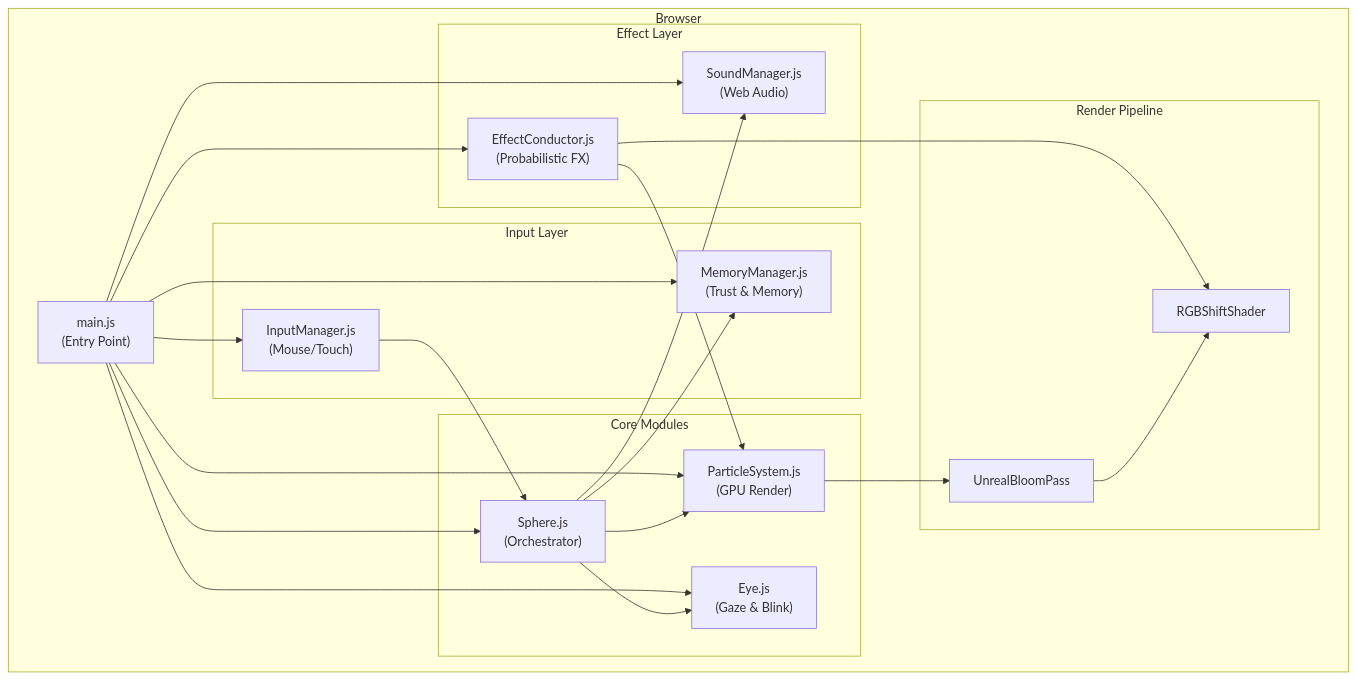
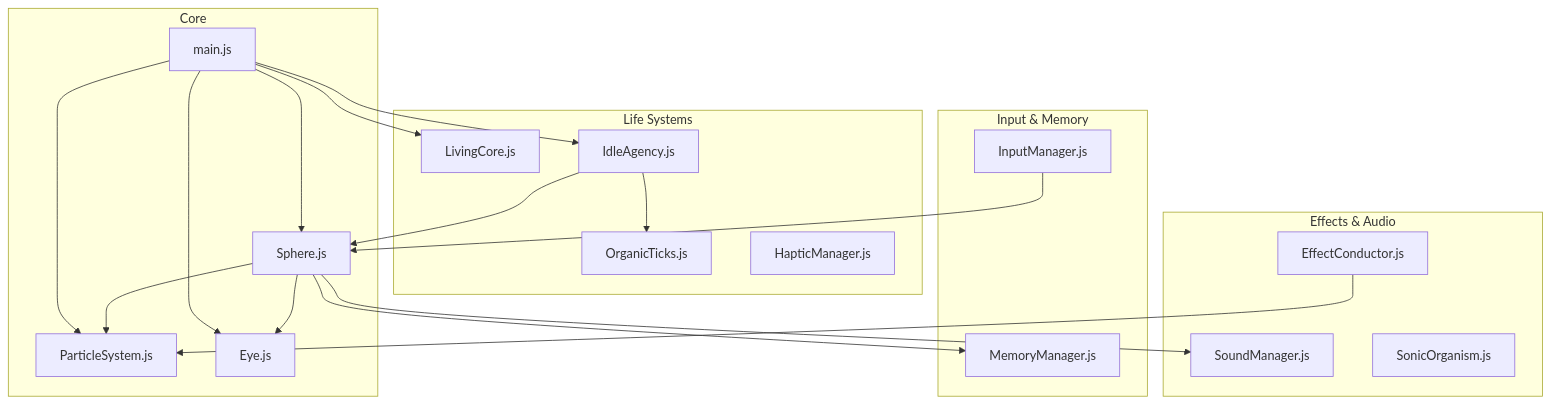
The diagram in docs/ARCHITECTURE.md (Humanji7/sphere-777), drawn with Mermaid before and after one commit. The commit also changed other lines of this file and 9 other files, not shown here.

````diff
--- a/docs/ARCHITECTURE.md
+++ b/docs/ARCHITECTURE.md
@@ -11,47 +11,44 @@
 ```mermaid
 graph TB
-    subgraph Browser
-        main["main.js<br/>(Entry Point)"]
-        
-        subgraph Core["Core Modules"]
-            sphere["Sphere.js<br/>(Orchestrator)"]
-            particles["ParticleSystem.js<br/>(GPU Render)"]
-            eye["Eye.js<br/>(Gaze & Blink)"]
-        end
-        
-        subgraph Input["Input Layer"]
-            input["InputManager.js<br/>(Mouse/Touch)"]
-            memory["MemoryManager.js<br/>(Trust & Memory)"]
-        end
-        
-        subgraph Effects["Effect Layer"]
-            conductor["EffectConductor.js<br/>(Probabilistic FX)"]
-            sound["SoundManager.js<br/>(Web Audio)"]
-        end
-        
-        subgraph Render["Render Pipeline"]
-            bloom["UnrealBloomPass"]
-            chromatic["RGBShiftShader"]
-        end
+    subgraph Core["Core"]
+        main["main.js"]
+        sphere["Sphere.js"]
+        particles["ParticleSystem.js"]
+        eye["Eye.js"]
+    end
+    
+    subgraph Life["Life Systems"]
+        livingCore["LivingCore.js"]
+        organicTicks["OrganicTicks.js"]
+        idleAgency["IdleAgency.js"]
+        haptic["HapticManager.js"]
+    end
+    
+    subgraph Input["Input & Memory"]
+        input["InputManager.js"]
+        memory["MemoryManager.js"]
+    end
+    
+    subgraph Effects["Effects & Audio"]
+        conductor["EffectConductor.js"]
+        sound["SoundManager.js"]
+        sonic["SonicOrganism.js"]
     end
     
     main --> sphere
     main --> particles
     main --> eye
-    main --> input
-    main --> memory
-    main --> conductor
-    main --> sound
+    main --> livingCore
+    main --> idleAgency
     
     sphere --> particles
     sphere --> eye
     sphere --> memory
     sphere --> sound
     
+    idleAgency --> organicTicks
+    idleAgency --> sphere
+    
     input --> sphere
     conductor --> particles
-    conductor --> chromatic
-    
-    particles --> bloom
-    bloom --> chromatic
 ```
````
